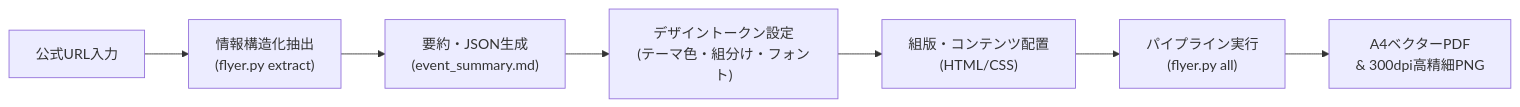
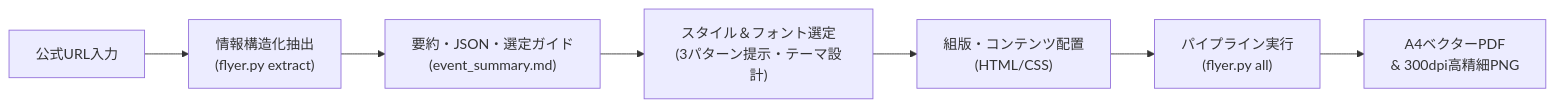
Before and after one commit to fukubaya/event-tokutenkai-plugin: the diagram in skills/event-tokutenkai/SKILL.md, drawn with Mermaid. The commit also changed other lines of this file and 10 other files, not shown here.

````diff
--- a/skills/event-tokutenkai/SKILL.md
+++ b/skills/event-tokutenkai/SKILL.md
@@ -15,9 +15,9 @@
 ```mermaid
 flowchart LR
     A0["公式URL入力"] --> A["情報構造化抽出<br/>(flyer.py extract)"]
-    A --> B["要約・JSON生成<br/>(event_summary.md)"]
-    B --> C["デザイントークン設定<br/>(テーマ色・組分け・フォント)"]
+    A --> B["要約・JSON・選定ガイド<br/>(event_summary.md)"]
+    B --> C["スタイル＆フォント選定<br/>(3パターン提示・テーマ設計)"]
     C --> D["組版・コンテンツ配置<br/>(HTML/CSS)"]
     D --> E["パイプライン実行<br/>(flyer.py all)"]
     E --> F["A4ベクターPDF<br/>& 300dpi高精細PNG"]
 ```
````
